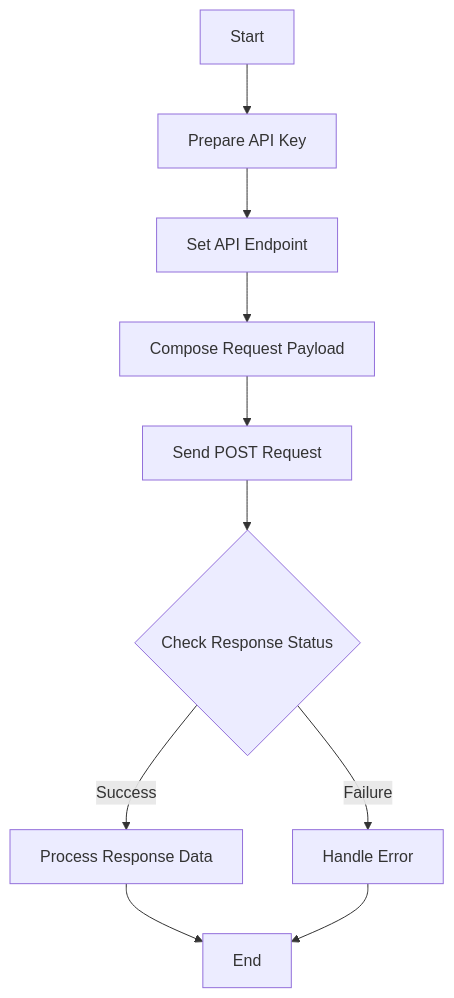
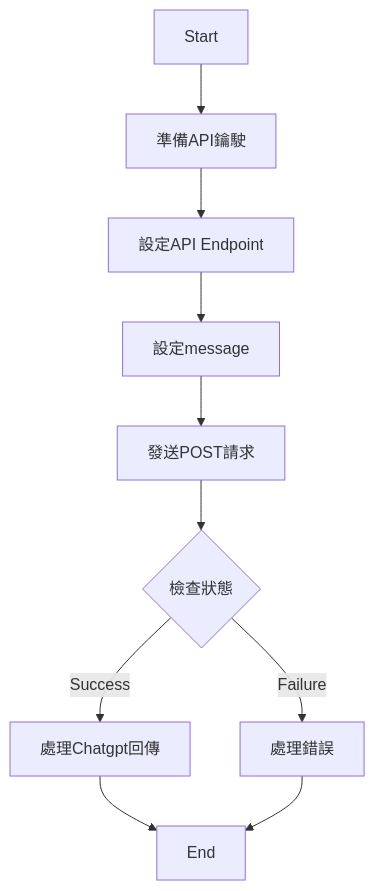
Before and after one commit to Smitlea/Celery_sample: the diagram in README.md, drawn with Mermaid.

````diff
--- a/README.md
+++ b/README.md
@@ -1,12 +1,12 @@
 ```mermaid
 graph TD; 
-    A[Start] --> B[Prepare API Key];
-    B --> C[Set API Endpoint];
-    C --> D[Compose Request Payload];
-    D --> E[Send POST Request];
-    E --> F{Check Response Status};
-    F -->|Success| G[Process Response Data];
-    F -->|Failure| H[Handle Error];
+    A[Start] --> B[準備API鑰駛];
+    B --> C[設定API Endpoint];
+    C --> D[設定message];
+    D --> E[發送POST請求];
+    E --> F{檢查狀態};
+    F -->|Success| G[處理Chatgpt回傳];
+    F -->|Failure| H[處理錯誤];
     G --> I[End];
     H --> I[End];
 ```
````
